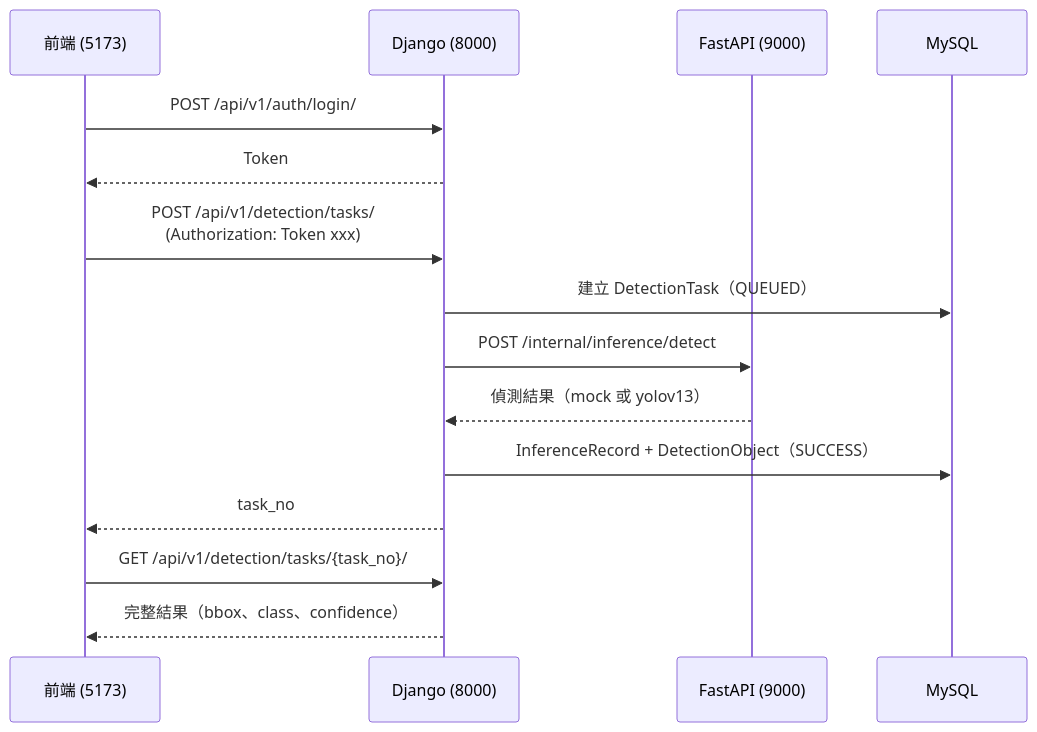
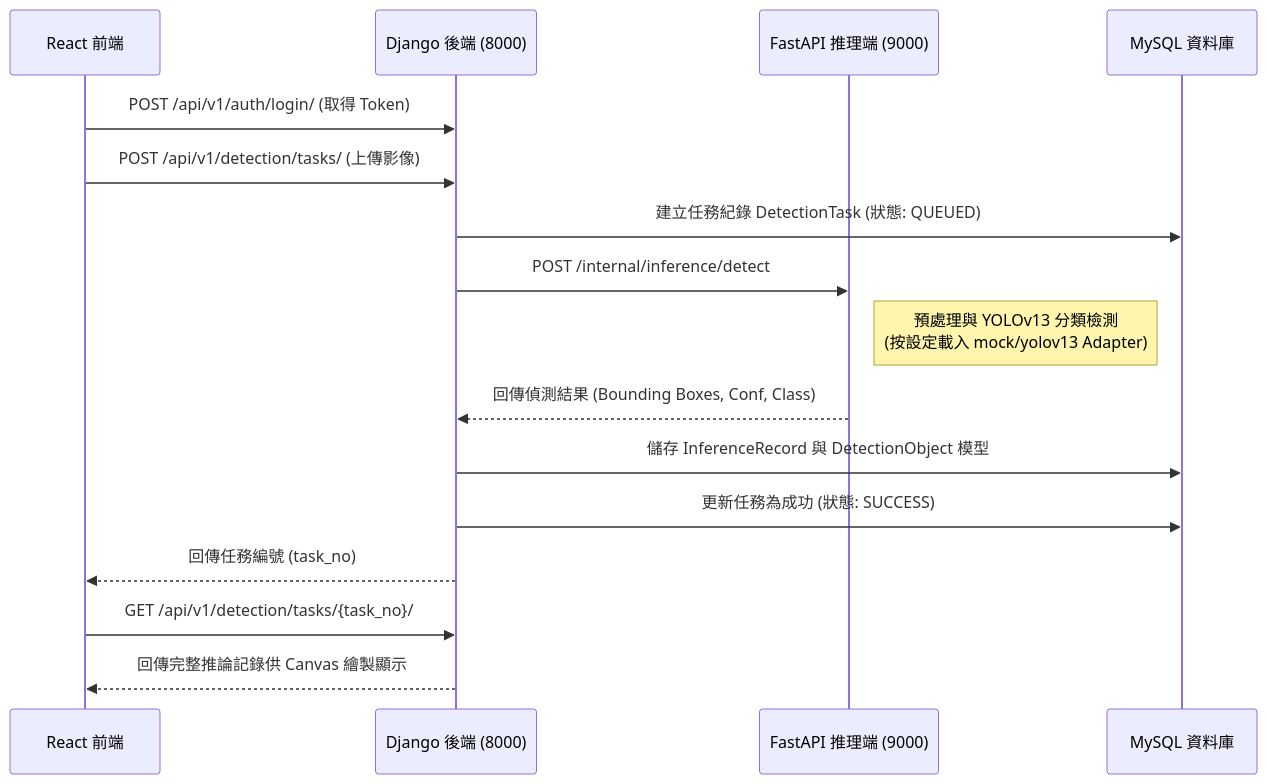
Before and after one commit to JensonLohTW/YOLOv13-RainFog-Detection: the diagram in README.md, drawn with Mermaid. The commit also changed other lines of this file and 5 other files, not shown here.

````diff
--- a/README.md
+++ b/README.md
@@ -15,20 +28,22 @@
 ```mermaid
 sequenceDiagram
-    participant Browser as 前端 (5173)
-    participant Django as Django (8000)
-    participant FastAPI as FastAPI (9000)
-    participant MySQL
+    participant Frontend as React 前端
+    participant Backend as Django 後端 (8000)
+    participant FastAPI as FastAPI 推理端 (9000)
+    participant DB as MySQL 資料庫
 
-    Browser->>Django: POST /api/v1/auth/login/
-    Django-->>Browser: Token
-
-    Browser->>Django: POST /api/v1/detection/tasks/<br/>(Authorization: Token xxx)
-    Django->>MySQL: 建立 DetectionTask（QUEUED）
-    Django->>FastAPI: POST /internal/inference/detect
-    FastAPI-->>Django: 偵測結果（mock 或 yolov13）
-    Django->>MySQL: InferenceRecord + DetectionObject（SUCCESS）
-    Django-->>Browser: task_no
-
-    Browser->>Django: GET /api/v1/detection/tasks/{task_no}/
-    Django-->>Browser: 完整結果（bbox、class、confidence）
+    Frontend->>Backend: POST /api/v1/auth/login/ (取得 Token)
+    Frontend->>Backend: POST /api/v1/detection/tasks/ (上傳影像)
+    Backend->>DB: 建立任務紀錄 DetectionTask (狀態: QUEUED)
+    Backend->>FastAPI: POST /internal/inference/detect
+    
+    note right of FastAPI: 預處理與 YOLOv13 分類檢測<br/>(按設定載入 mock/yolov13 Adapter)
+    
+    FastAPI-->>Backend: 回傳偵測結果 (Bounding Boxes, Conf, Class)
+    Backend->>DB: 儲存 InferenceRecord 與 DetectionObject 模型
+    Backend->>DB: 更新任務為成功 (狀態: SUCCESS)
+    Backend-->>Frontend: 回傳任務編號 (task_no)
+    
+    Frontend->>Backend: GET /api/v1/detection/tasks/{task_no}/
+    Backend-->>Frontend: 回傳完整推論記錄供 Canvas 繪製顯示
 ```
````
